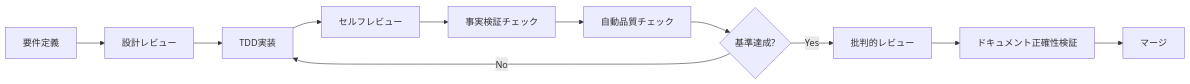
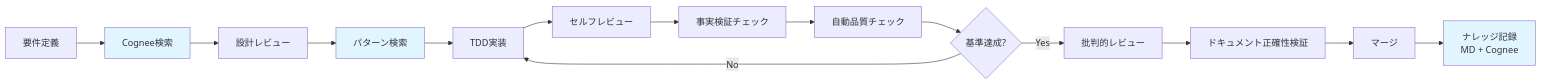
One commit to tkosht/cursor_dev changed the diagram in CLAUDE.md. Above: the diagram before and after it, drawn with Mermaid. The commit also changed other lines of this file and 1 other file, not shown here.

````diff
--- a/CLAUDE.md
+++ b/CLAUDE.md
@@ -101,13 +139,20 @@
 ```mermaid
 graph LR
-    A[要件定義] --> B[設計レビュー]
-    B --> C[TDD実装]
+    A[要件定義] --> A1[Cognee検索]
+    A1 --> B[設計レビュー]
+    B --> B1[パターン検索]
+    B1 --> C[TDD実装]
     C --> D[セルフレビュー]
     D --> E[事実検証チェック]
     E --> F[自動品質チェック]
     F --> G{基準達成?}
     G -->|No| C
     G -->|Yes| H[批判的レビュー]
     H --> I[ドキュメント正確性検証]
     I --> J[マージ]
+    J --> K[ナレッジ記録<br/>MD + Cognee]
+    
+    style A1 fill:#e1f5fe
+    style B1 fill:#e1f5fe
+    style K fill:#e1f5fe
 ```
````
